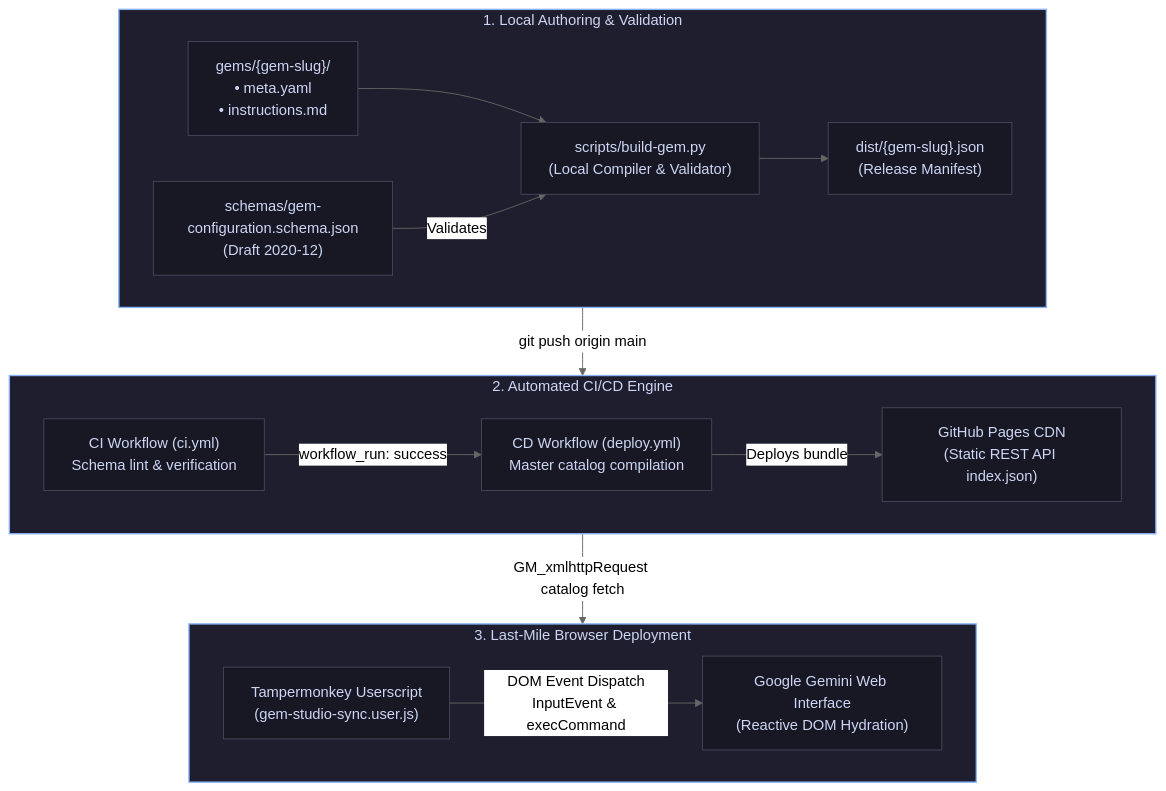
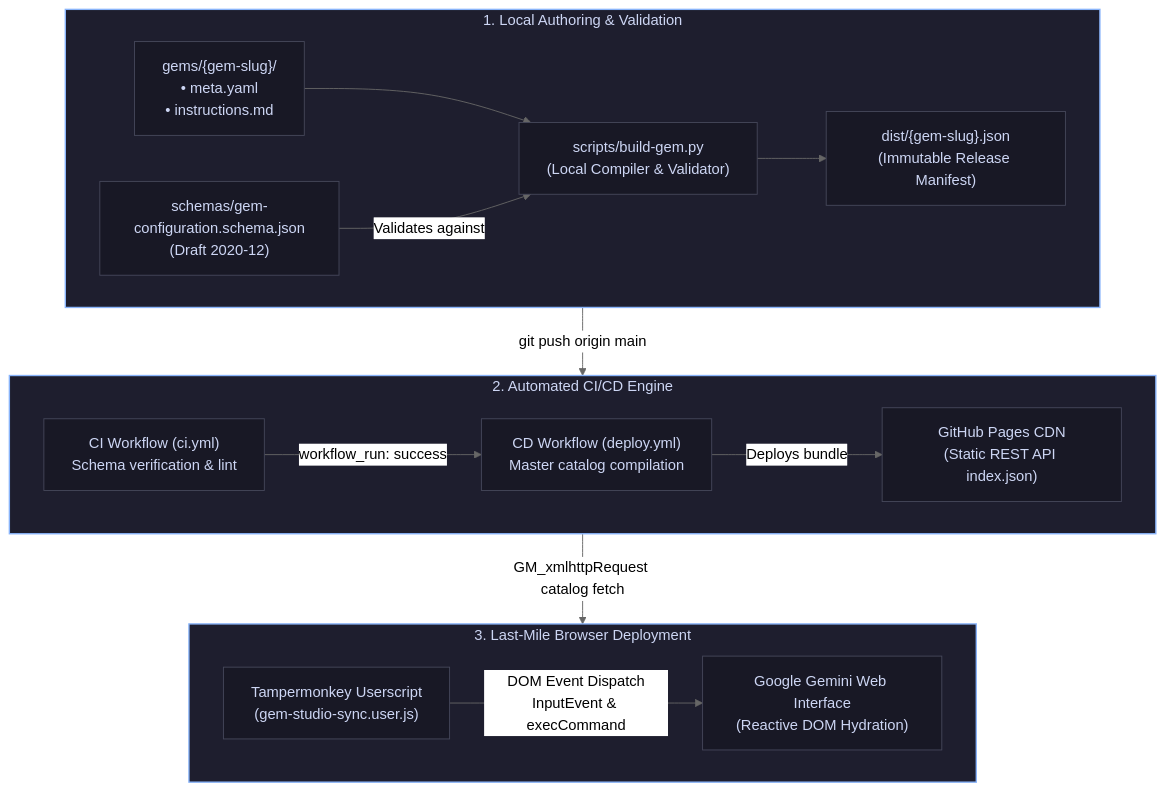
Before and after one commit to rmasabela/tech-articles: the diagram in gemstudio-01/diagrams/fig3_e2e_pipeline.mmd, drawn with Mermaid (neutral theme). The commit also changed 1 other file, not shown here.

Commit message:
docs(gemstudio-01): finalize balanced landscape layout for fig03 pipeline diagram
- Refactor Dagre rank constraints using flat horizontal subgraph stages.
- Maintain top-down sequence across stages while keeping component flows horizontal.
- Achieve optimal aspect ratio matching editorial web and mobile standards.

```diff
--- a/gemstudio-01/diagrams/fig3_e2e_pipeline.mmd
+++ b/gemstudio-01/diagrams/fig3_e2e_pipeline.mmd
@@ -1,46 +1,51 @@
 flowchart TD
-    %% -------------------------------------------------------------
-    %% Top Level: Stage 1 (Wide horizontal layout)
-    %% -------------------------------------------------------------
+    %% =========================================================
+    %% 1. Local Stage (Horizontal row)
+    %% =========================================================
     subgraph S1 ["1. Local Authoring & Validation"]
+        direction LR
         A["gems/{gem-slug}/<br/>• meta.yaml<br/>• instructions.md"]
         S["schemas/gem-configuration.schema.json<br/>(Draft 2020-12)"]
         B["scripts/build-gem.py<br/>(Local Compiler & Validator)"]
-        C["dist/{gem-slug}.json<br/>(Release Manifest)"]
+        C["dist/{gem-slug}.json<br/>(Immutable Release Manifest)"]
 
         A --> B
-        S -->|Validates| B
+        S -->|Validates against| B
         B --> C
     end
 
-    %% -------------------------------------------------------------
-    %% Middle Level: Stage 2 (Wide horizontal layout)
-    %% -------------------------------------------------------------
+    %% =========================================================
+    %% 2. CI/CD Stage (Horizontal row)
+    %% =========================================================
     subgraph S2 ["2. Automated CI/CD Engine"]
-        CI["CI Workflow (ci.yml)<br/>Schema lint & verification"]
+        direction LR
+        CI["CI Workflow (ci.yml)<br/>Schema verification & lint"]
         CD["CD Workflow (deploy.yml)<br/>Master catalog compilation"]
         Pages["GitHub Pages CDN<br/>(Static REST API index.json)"]
 
         CI -->|workflow_run: success| CD
         CD -->|Deploys bundle| Pages
     end
 
-    %% -------------------------------------------------------------
-    %% Bottom Level: Stage 3 (Wide horizontal layout)
-    %% -------------------------------------------------------------
+    %% =========================================================
+    %% 3. Last-Mile Stage (Horizontal row)
+    %% =========================================================
     subgraph S3 ["3. Last-Mile Browser Deployment"]
+        direction LR
         TM["Tampermonkey Userscript<br/>(gem-studio-sync.user.js)"]
         UI["Google Gemini Web Interface<br/>(Reactive DOM Hydration)"]
 
         TM -->|DOM Event Dispatch<br/>InputEvent & execCommand| UI
     end
 
-    %% Transiciones verticales entre bloques completos
+    %% =========================================================
+    %% Inter-stage Triggers (Conexiones verticales entre bloques)
+    %% =========================================================
     S1 -->|git push origin main| S2
     S2 -->|GM_xmlhttpRequest catalog fetch| S3
 
-    %% Clases visuales de estilo
+    %% Styling
     classDef stage fill:#1e1e2e,stroke:#89b4fa,stroke-width:1.5px,color:#cdd6f4;
     classDef step fill:#181825,stroke:#45475a,stroke-width:1px,color:#cdd6f4;
     class S1,S2,S3 stage;
     class A,S,B,C,CI,CD,Pages,TM,UI step;
```
